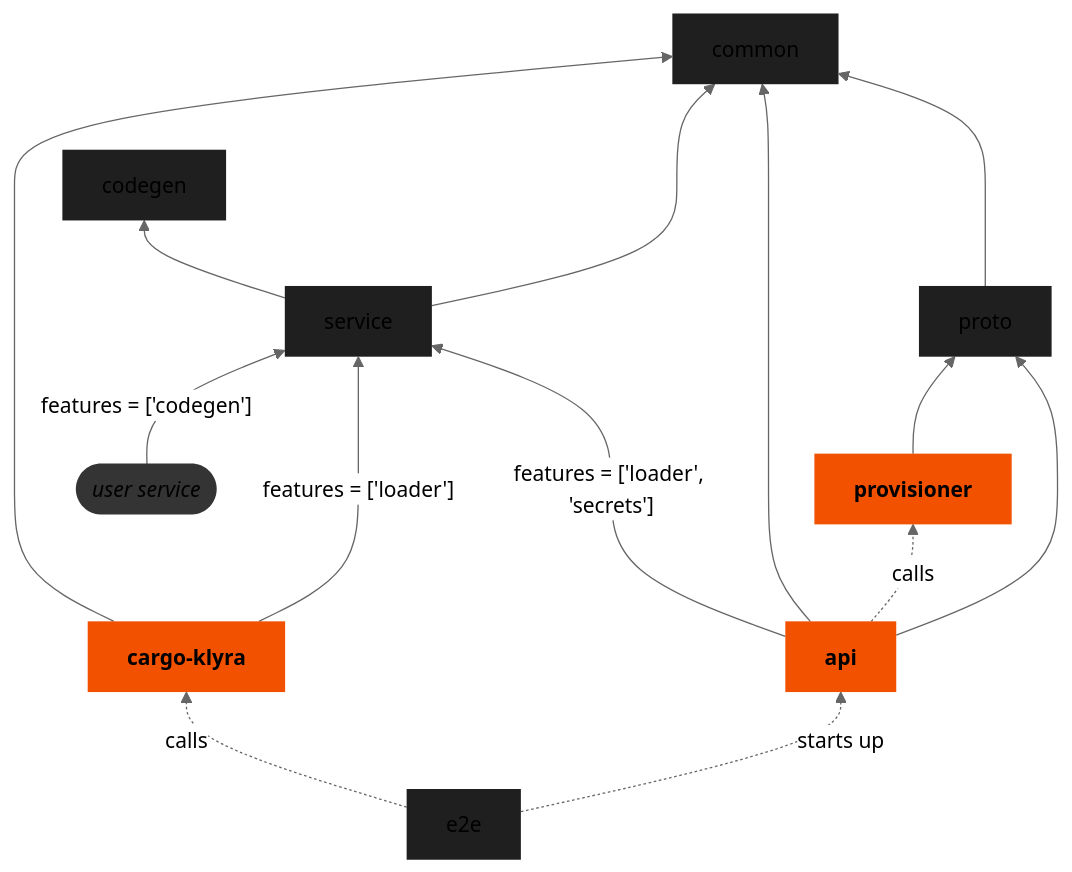
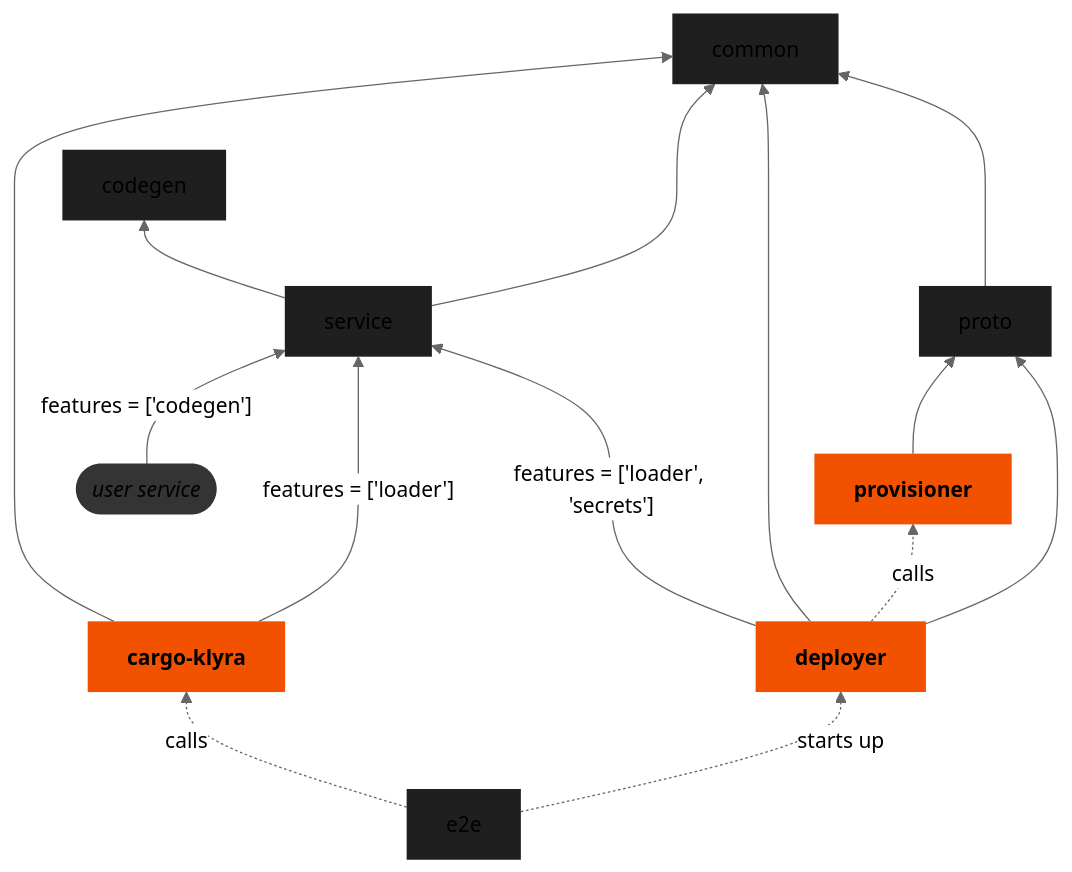
One commit to Klyra-project/Klyra changed the diagram in CONTRIBUTING.md. Above: the diagram before and after it, drawn with Mermaid (neutral theme). The commit also changed other lines of this file and 5 other files, not shown here.

Commit message:
refactor: rename `project` to `service` in deployer (#338)

````diff
--- a/CONTRIBUTING.md
+++ b/CONTRIBUTING.md
@@ -104,29 +104,29 @@
 ```mermaid
 graph BT
     classDef default fill:#1f1f1f,stroke-width:0;
     classDef binary fill:#f25100,font-weight:bold,stroke-width:0;
     classDef external fill:#343434,font-style:italic,stroke:#f25100;
 
-    api:::binary
+    deployer:::binary
     cargo-klyra:::binary
     common
     codegen
     e2e
     proto
     provisioner:::binary
     service
     user([user service]):::external
-    api --> proto
-    api -.->|calls| provisioner
+    deployer --> proto
+    deployer -.->|calls| provisioner
     service ---> common
-    api --> common
+    deployer --> common
     cargo-klyra --->|"features = ['loader']"| service
-    api -->|"features = ['loader', 'secrets']"| service
+    deployer -->|"features = ['loader', 'secrets']"| service
     cargo-klyra --> common
     service --> codegen
     proto ---> common
     provisioner --> proto
-    e2e -.->|starts up| api
+    e2e -.->|starts up| deployer
     e2e -.->|calls| cargo-klyra
     user -->|"features = ['codegen']"| service
 ```
````
